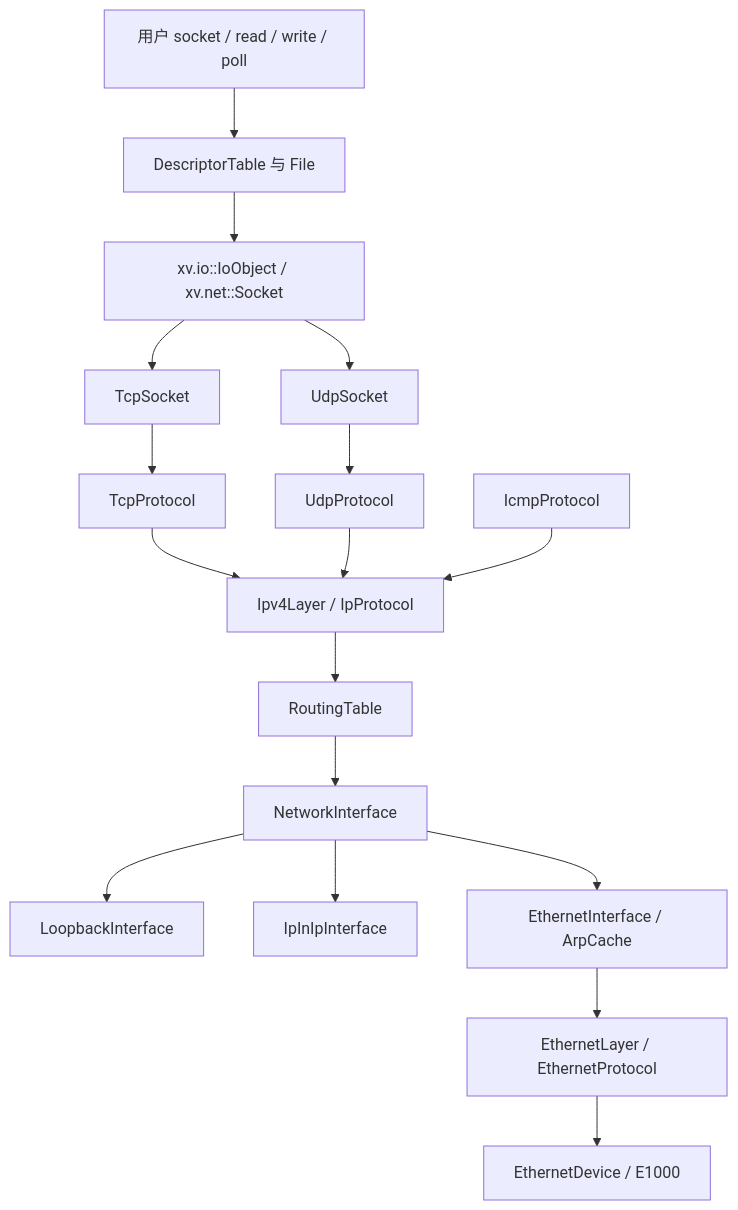
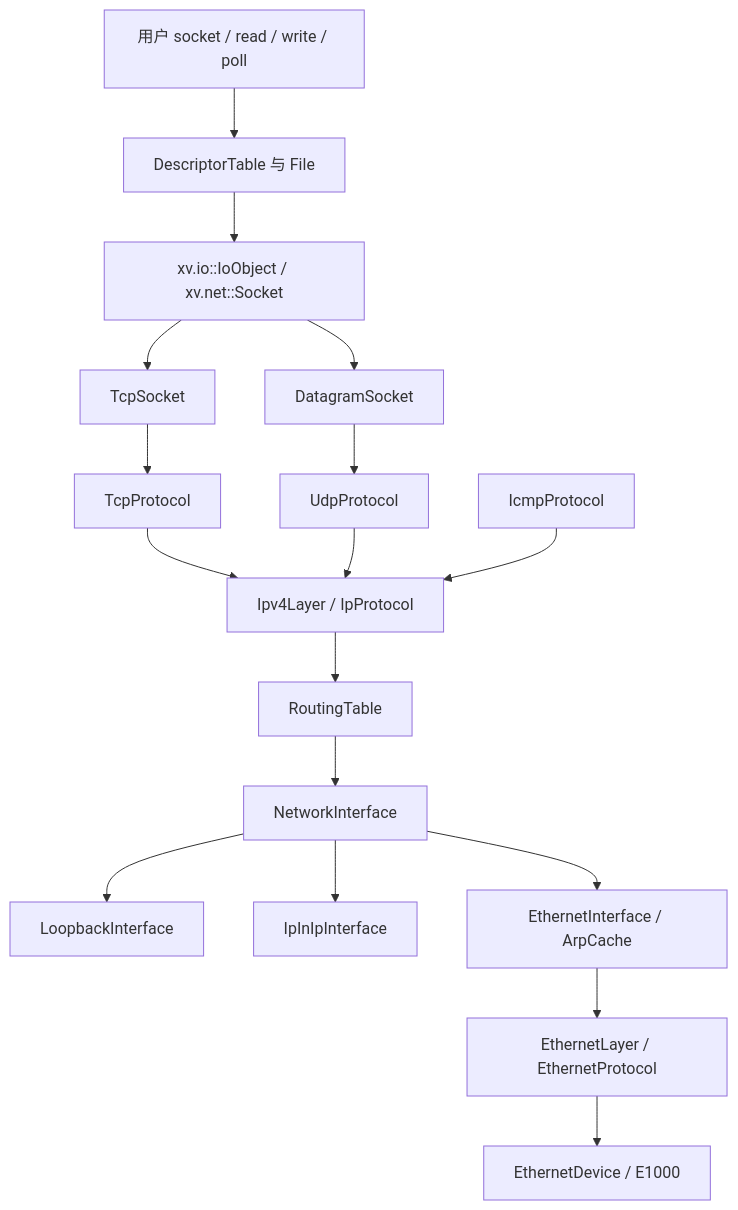
One commit to barrenham/xv6-cpp changed the diagram in docs/network.md. Above: the diagram before and after it, drawn with Mermaid. The commit also changed other lines of this file and 42 other files, not shown here.

````diff
--- a/docs/network.md
+++ b/docs/network.md
@@ -7,19 +7,19 @@
 ```mermaid
 flowchart TD
   U[用户 socket / read / write / poll] --> F[DescriptorTable 与 File]
   F --> S[xv.io::IoObject / xv.net::Socket]
-  S --> US[UdpSocket]
+  S --> US[DatagramSocket]
   S --> TS[TcpSocket]
   US --> UDP[UdpProtocol]
   TS --> TCP[TcpProtocol]
   TCP --> IP[Ipv4Layer / IpProtocol]
   UDP --> IP
   ICMP[IcmpProtocol] --> IP
   IP --> ROUTE[RoutingTable]
   ROUTE --> IF[NetworkInterface]
   IF --> LO[LoopbackInterface]
   IF --> TUN[IpInIpInterface]
   IF --> ARP[EthernetInterface / ArpCache]
   ARP --> ETH[EthernetLayer / EthernetProtocol]
   ETH --> E[EthernetDevice / E1000]
 ```
````
